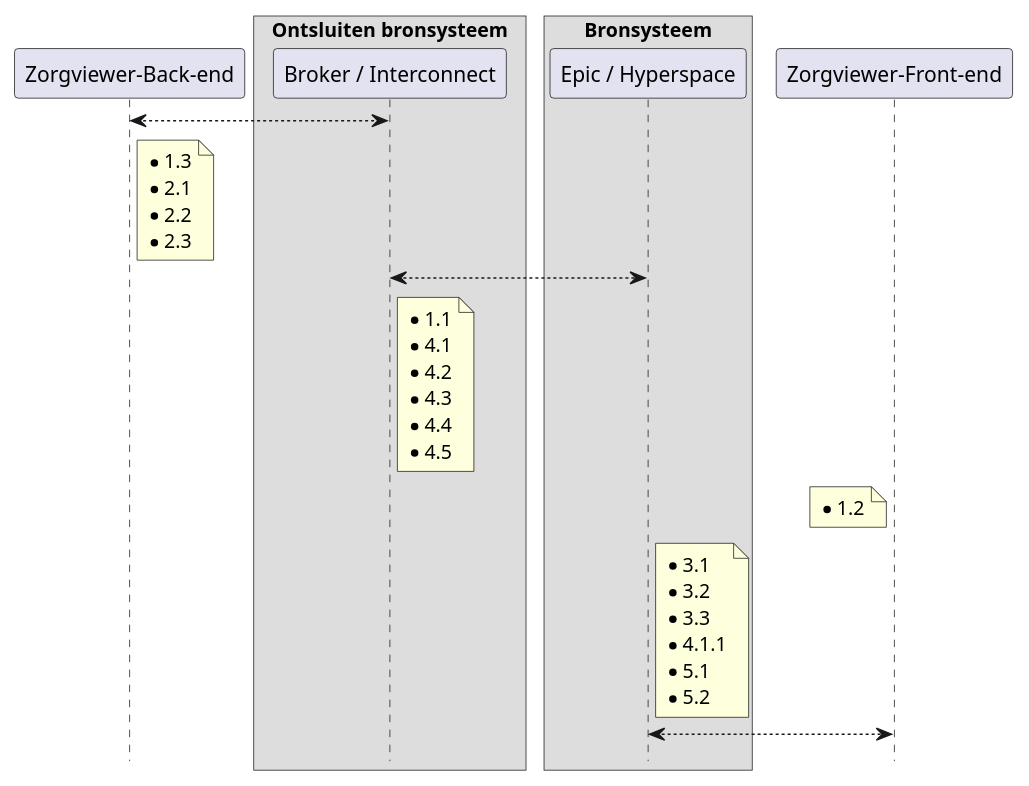
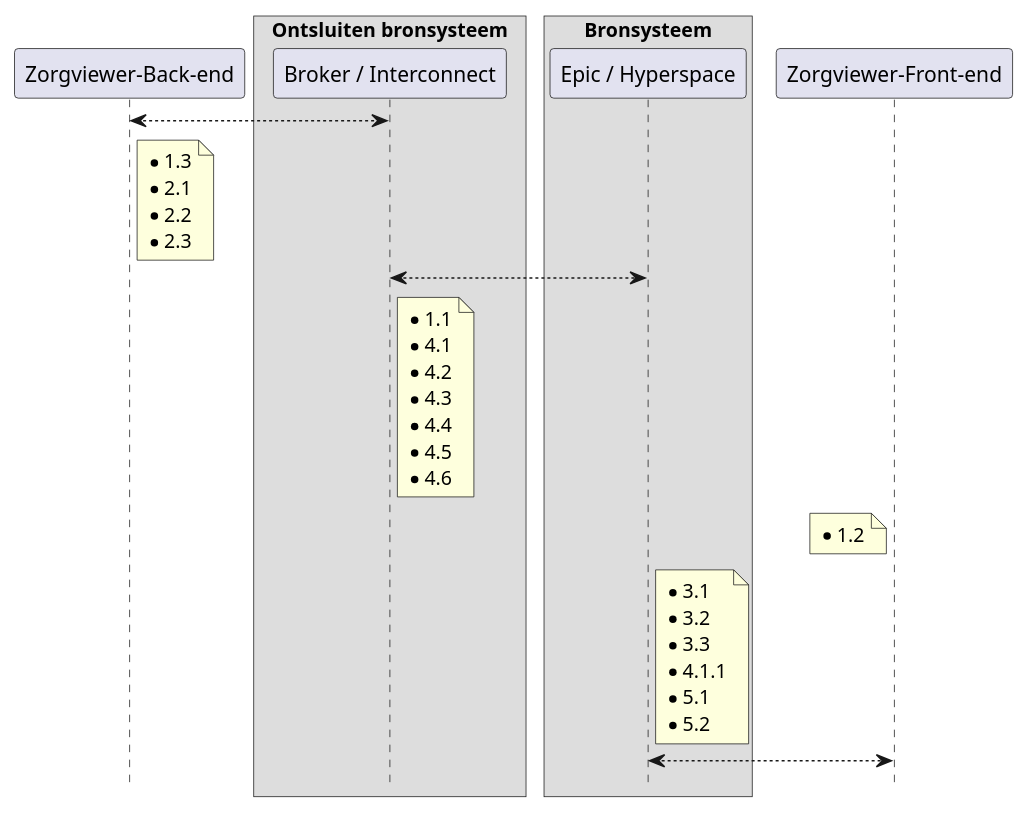
The diagram in input/images-source/Checklist-Epic.plantuml (RIVO-Noord/zorgviewer-ig), drawn with PlantUML before and after one commit. The commit also changed 3 other files, not shown here.

Commit message:
Seq omgezet naar plantuml

```diff
--- a/input/images-source/Checklist-Epic.plantuml
+++ b/input/images-source/Checklist-Epic.plantuml
@@ -1,43 +1,44 @@
 @startuml
 !pragma teoz true
 hide footbox
 
 participant "Zorgviewer-Back-end" as zvbe
 box "Ontsluiten bronsysteem"
 participant "Broker / Interconnect" as broker
 end box
 box "Bronsysteem"
 participant "Epic / Hyperspace" as epic
 end box
 participant "Zorgviewer-Front-end" as zvfe
 
 zvbe <--> broker
 note right zvbe
 * 1.3
 * 2.1
 * 2.2
 * 2.3
 end note
 broker <--> epic
 note right broker
 * 1.1
 * 4.1
 * 4.2
 * 4.3
 * 4.4
 * 4.5
+* 4.6
 end note
 note left zvfe
 * 1.2
 end note
 note right epic
 * 3.1
 * 3.2
 * 3.3
 * 4.1.1
 * 5.1
 * 5.2
 end note
 epic <--> zvfe
 
 @enduml
```
